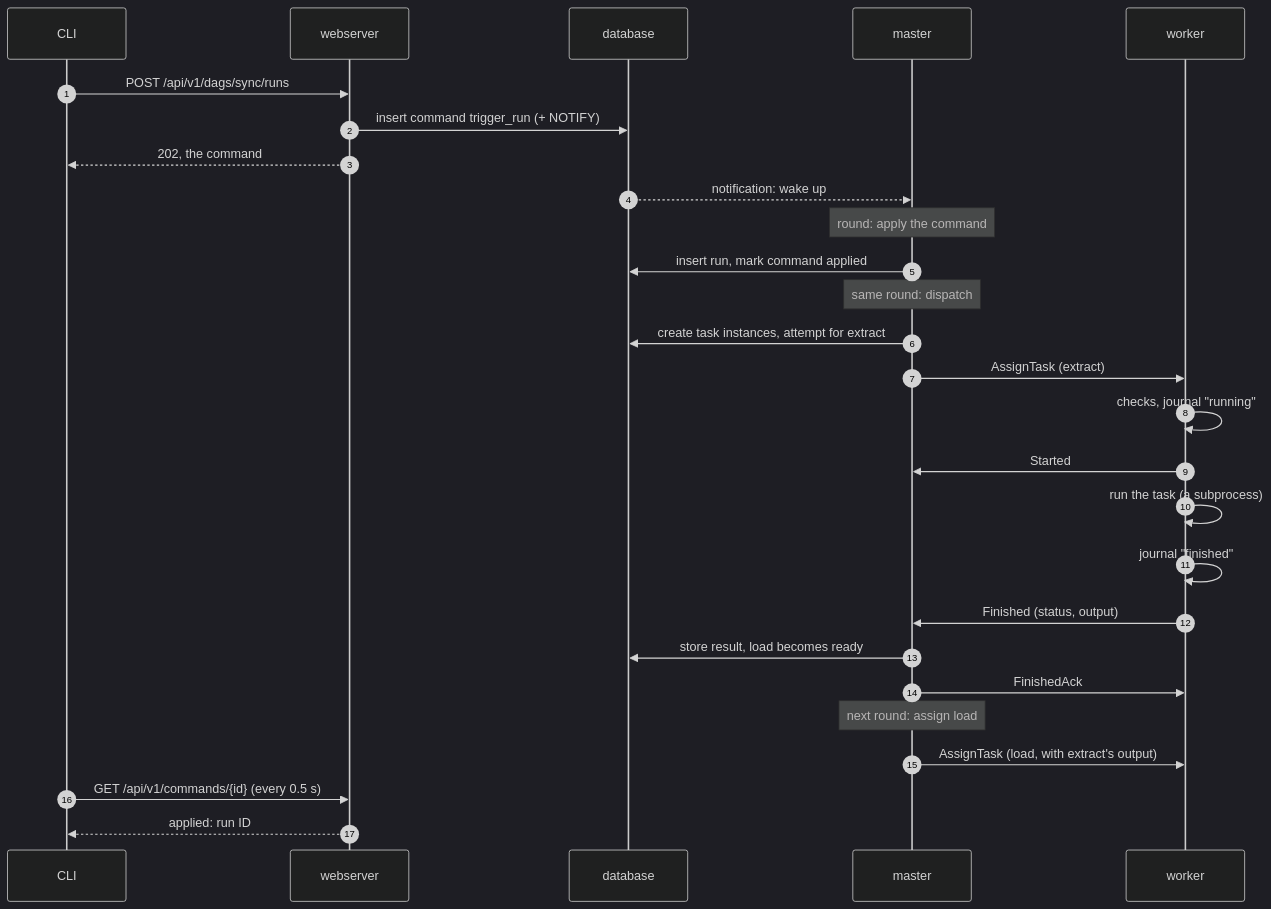
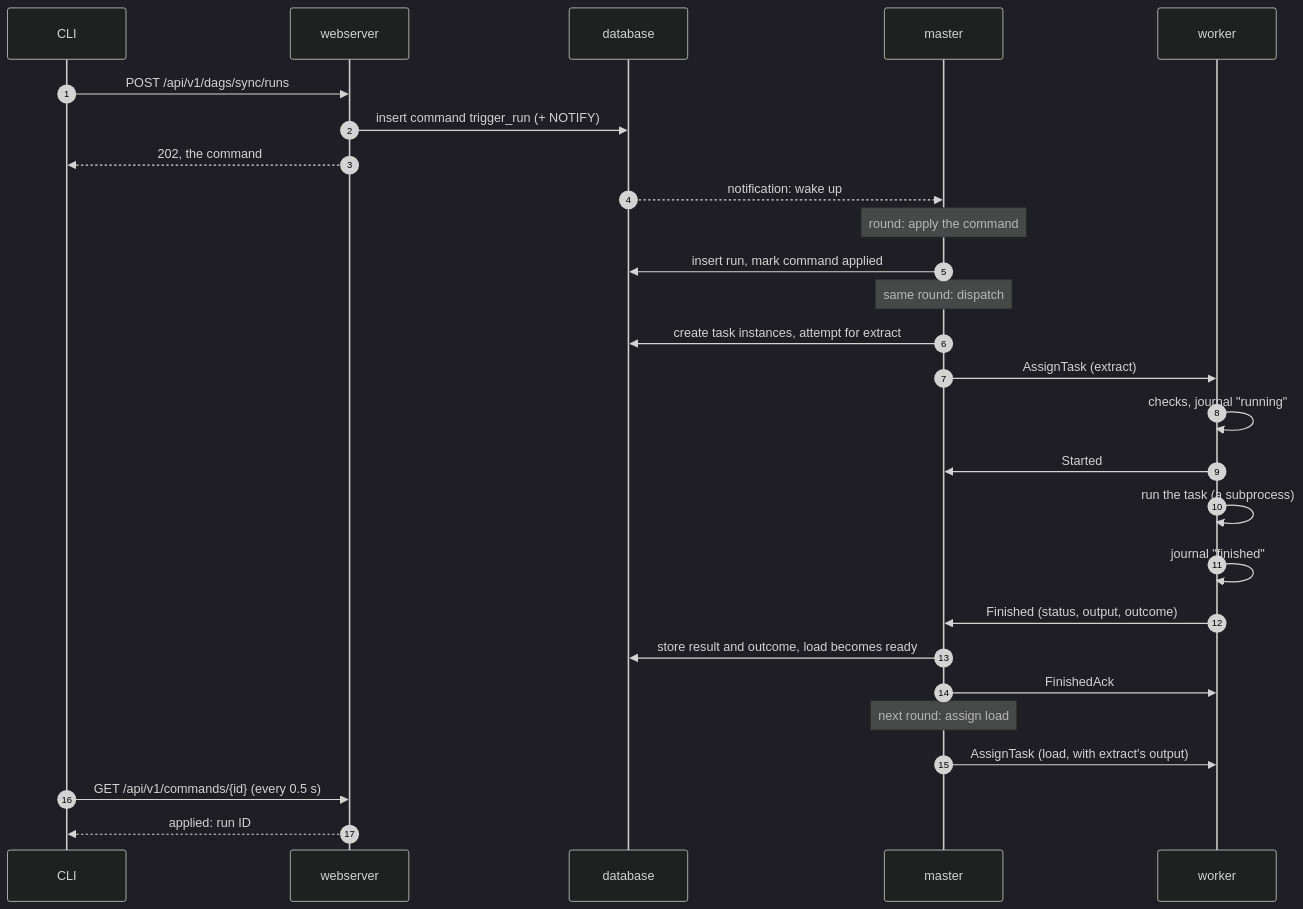
One commit to ptutak/schedr changed the diagram in docs/03-guide/03-life-of-a-run.md. Above: the diagram before and after it, drawn with Mermaid (dark theme). The commit also changed other lines of this file and 15 other files, not shown here.

````diff
--- a/docs/03-guide/03-life-of-a-run.md
+++ b/docs/03-guide/03-life-of-a-run.md
@@ -7,29 +7,29 @@
 ```mermaid
 sequenceDiagram
     autonumber
     participant CLI
     participant Web as webserver
     participant DB as database
     participant M as master
     participant W as worker
     CLI->>Web: POST /api/v1/dags/sync/runs
     Web->>DB: insert command trigger_run (+ NOTIFY)
     Web-->>CLI: 202, the command
     DB-->>M: notification: wake up
     Note over M: round: apply the command
     M->>DB: insert run, mark command applied
     Note over M: same round: dispatch
     M->>DB: create task instances, attempt for extract
     M->>W: AssignTask (extract)
     W->>W: checks, journal "running"
     W->>M: Started
     W->>W: run the task (a subprocess)
     W->>W: journal "finished"
-    W->>M: Finished (status, output)
-    M->>DB: store result, load becomes ready
+    W->>M: Finished (status, output, outcome)
+    M->>DB: store result and outcome, load becomes ready
     M->>W: FinishedAck
     Note over M: next round: assign load
     M->>W: AssignTask (load, with extract's output)
     CLI->>Web: GET /api/v1/commands/{id} (every 0.5 s)
     Web-->>CLI: applied: run ID
 ```
````
